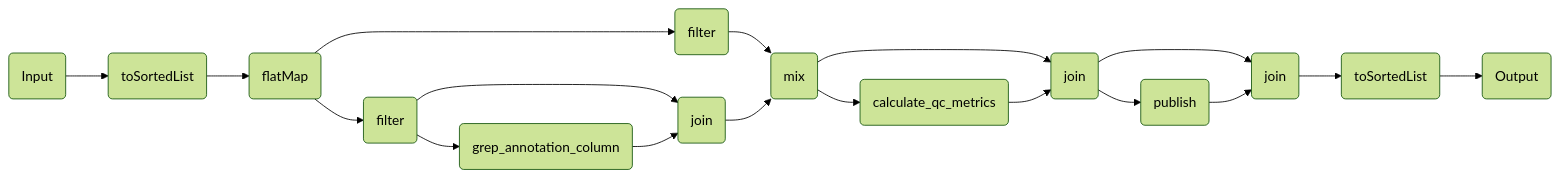
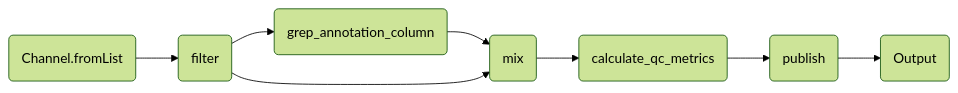
Before and after one commit to openpipelines-bio/website: the diagram in components/workflows/qc/qc.qmd, drawn with Mermaid (forest theme). The commit also changed other lines of this file and 143 other files, not shown here.

````diff
--- a/components/workflows/qc/qc.qmd
+++ b/components/workflows/qc/qc.qmd
@@ -123,36 +135,19 @@
 ```{mermaid}
 %%| column: screen-inset-shaded
 flowchart LR
-    v0(Input)
-    v2(toSortedList)
-    v4(flatMap)
-    v7(filter)
-    v13(grep_annotation_column)
-    v15(join)
-    v19(mix)
-    v18(filter)
-    v25(calculate_qc_metrics)
-    v27(join)
-    v35(publish)
-    v37(join)
-    v41(toSortedList)
-    v43(Output)
-    v18-->v19
+    v0(Channel.fromList)
+    v2(filter)
+    v20(grep_annotation_column)
+    v33(mix)
+    v42(calculate_qc_metrics)
+    v62(publish)
+    v90(Output)
     v0-->v2
-    v2-->v4
-    v4-->v7
-    v4-->v18
-    v7-->v15
-    v7-->v13
-    v13-->v15
-    v15-->v19
-    v19-->v27
-    v19-->v25
-    v25-->v27
-    v27-->v37
-    v27-->v35
-    v35-->v37
-    v37-->v41
-    v41-->v43
+    v2-->v20
+    v20-->v33
+    v2-->v33
+    v33-->v42
+    v42-->v62
+    v62-->v90
 
 ```
````
